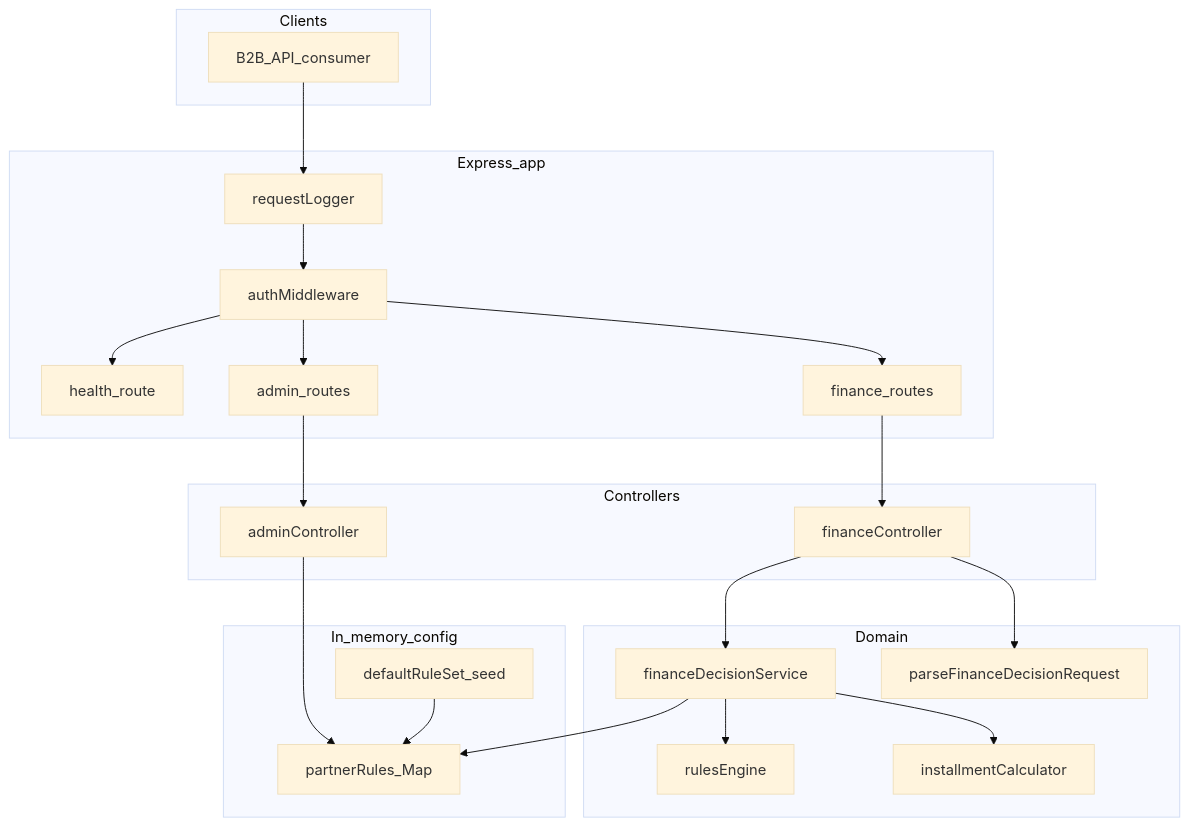
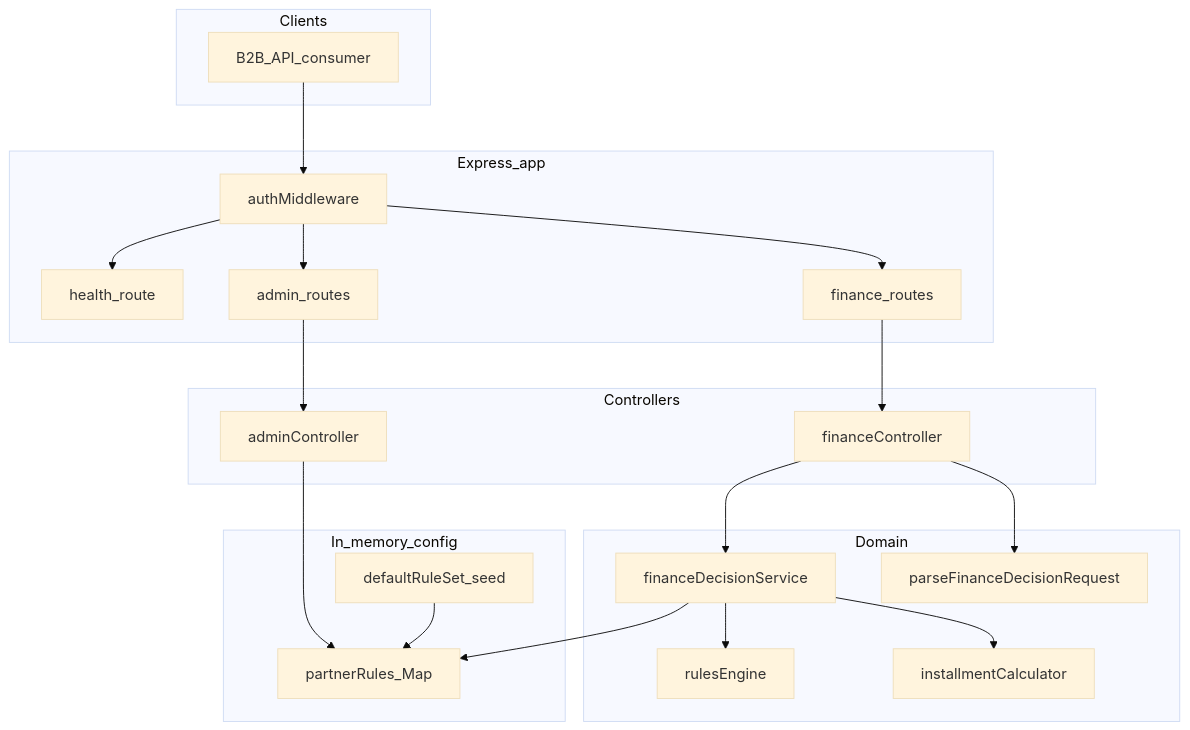
One commit to nmpereira/finance-payments-api changed the diagram in docs/architecture.md. Above: the diagram before and after it, drawn with Mermaid (base theme). The commit also changed other lines of this file and 3 other files, not shown here.

````diff
--- a/docs/architecture.md
+++ b/docs/architecture.md
@@ -3,41 +3,39 @@
 ```mermaid
 flowchart TB
   subgraph clients [Clients]
     Agency[B2B_API_consumer]
   end
   subgraph express [Express_app]
-    RL[requestLogger]
     AM[authMiddleware]
     HR[health_route]
     FR[finance_routes]
     AR[admin_routes]
   end
   subgraph controllers [Controllers]
     FC[financeController]
     AC[adminController]
   end
   subgraph domain [Domain]
     FDS[financeDecisionService]
     RE[rulesEngine]
     IC[installmentCalculator]
     VAL[parseFinanceDecisionRequest]
   end
   subgraph config [In_memory_config]
     PR[partnerRules_Map]
     SEED[defaultRuleSet_seed]
   end
-  Agency --> RL
-  RL --> AM
+  Agency --> AM
   AM --> HR
   AM --> FR
   AM --> AR
   FR --> FC
   AR --> AC
   FC --> VAL
   FC --> FDS
   AC --> PR
   FDS --> RE
   FDS --> IC
   FDS --> PR
   SEED --> PR
 ```
````
